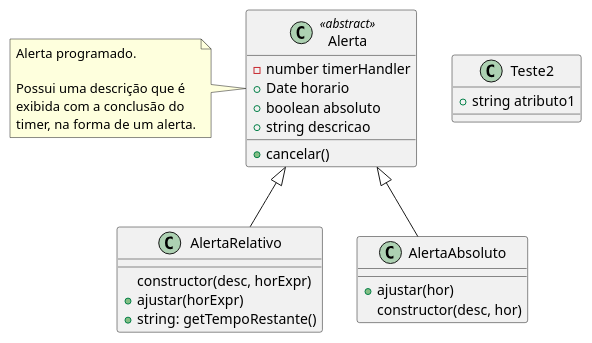
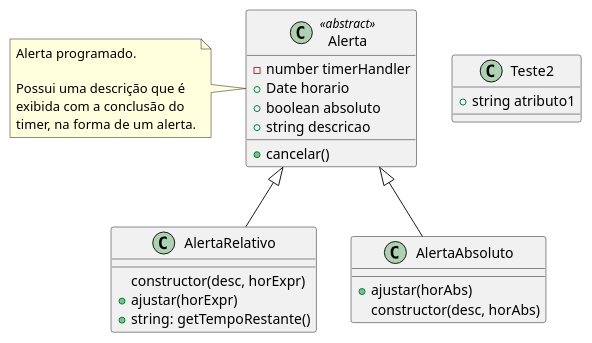
The diagram in classes.puml (utfpr-cefwm/plantuml-demo-2022-2), drawn with PlantUML before and after one commit.

Commit message:
Melhora nomenclatura de variáveis

```diff
--- a/classes.puml
+++ b/classes.puml
@@ -1,32 +1,32 @@
 @startuml "Classes"
 
 top to bottom direction
 
 class Alerta <<abstract>> {
   - number timerHandler
   + Date horario
   + boolean absoluto
   + string descricao
   + cancelar()
 }
 note left of Alerta : Alerta programado.\n\nPossui uma descrição que é\nexibida com a conclusão do\ntimer, na forma de um alerta.
 
 class AlertaRelativo {
   constructor(desc, horExpr)
   + ajustar(horExpr)
   + string: getTempoRestante()
 }
 
 class AlertaAbsoluto {
-  + ajustar(hor)
-  constructor(desc, hor)
+  + ajustar(horAbs)
+  constructor(desc, horAbs)
 }
 
 class Teste2 {
   + string atributo1
 }
 
 Alerta <|-- AlertaRelativo
 Alerta <|-- AlertaAbsoluto
 
 @enduml
```
